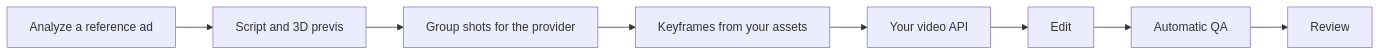
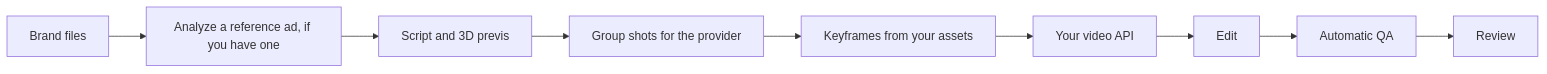
Before and after one commit to MobAI-Inc/MixReel: the diagram in README.md, drawn with Mermaid. The commit also changed other lines of this file and 2 other files, not shown here.

````diff
--- a/README.md
+++ b/README.md
@@ -71,10 +71,11 @@
 ```mermaid
 flowchart LR
-  A[Analyze a reference ad] --> B[Script and 3D previs]
+  Z[Brand files] --> A[Analyze a reference ad, if you have one]
+  A --> B[Script and 3D previs]
   B --> C[Group shots for the provider]
   C --> D[Keyframes from your assets]
   D --> E[Your video API]
   E --> F[Edit]
   F --> G[Automatic QA]
   G --> H[Review]
 ```
````
